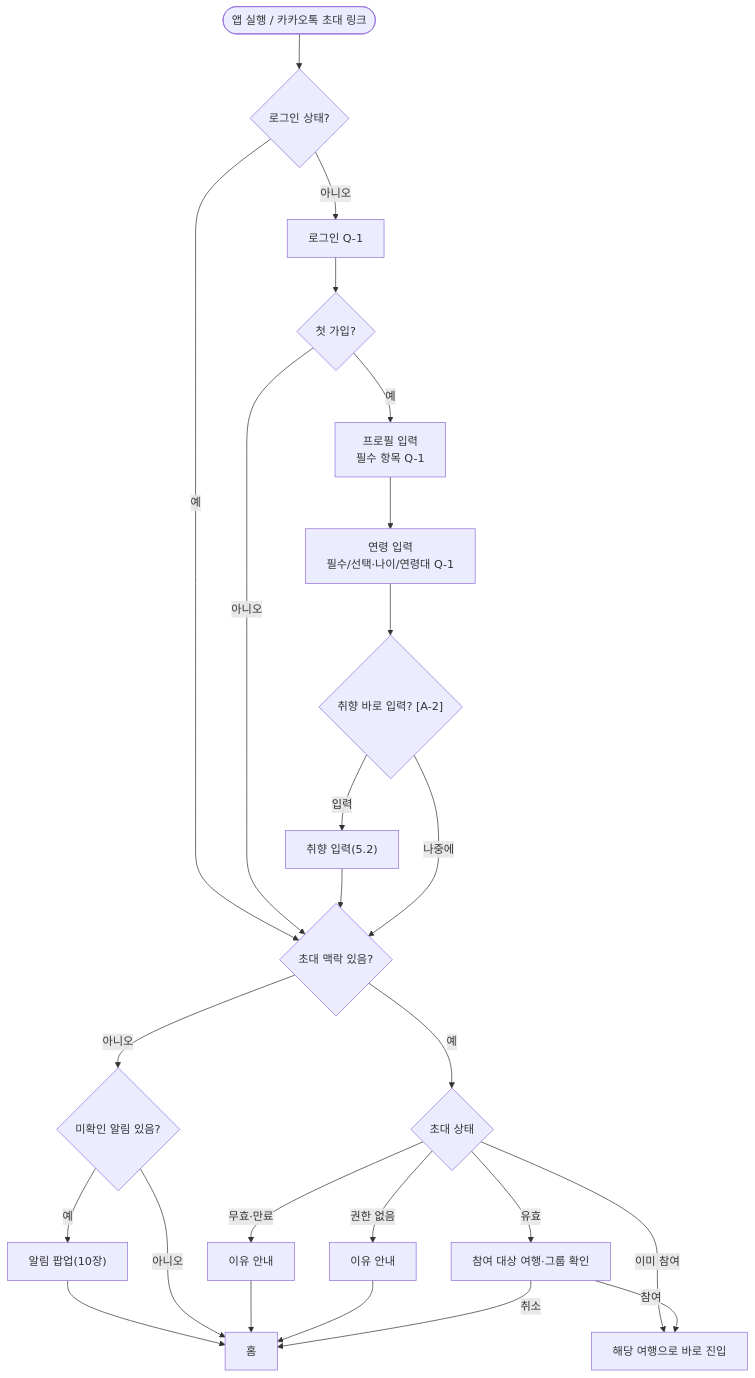
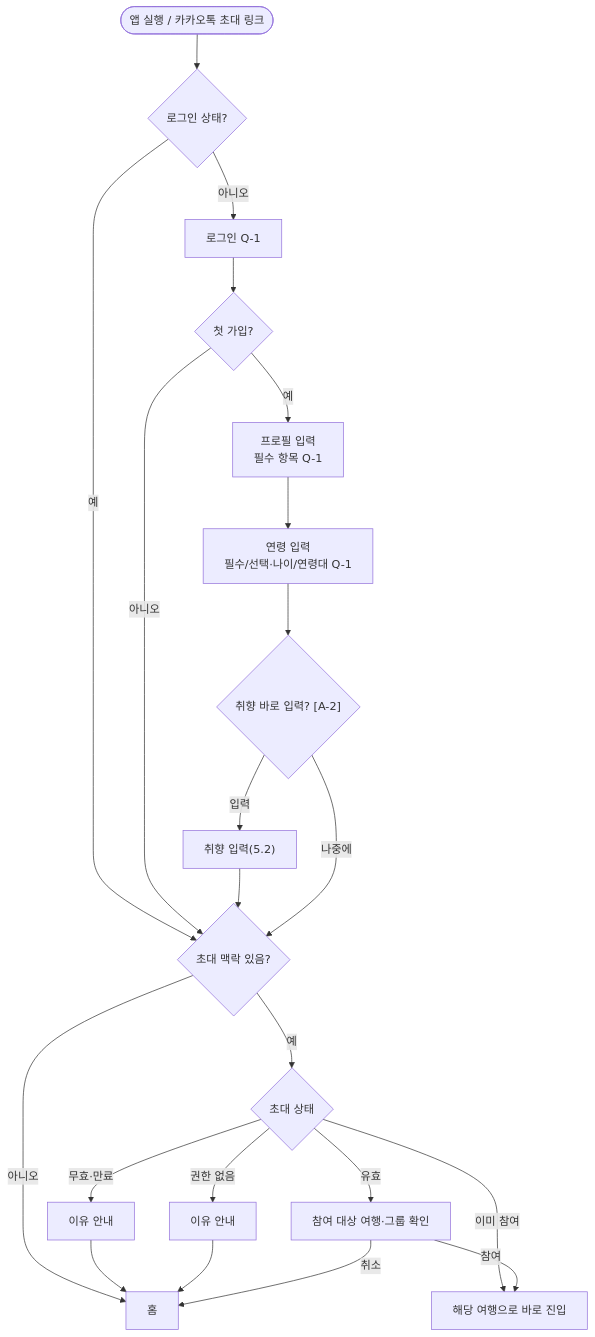
One commit to a204-eodilog/eodilog changed the third of 25 diagrams in docs/flow/user-flow.md. Above: the diagram before and after it, drawn with Mermaid. The commit also changed other lines of this file, not shown here.

Commit message:
docs : 사용자 흐름 알림 표기 정리 (리뷰 반영)
- 6.2 재조정 미정 문구에서 알림 방식을 Q-6 → Q-14로 분리
- 1장 진입의 팝업 분기 제거, 10장 참조로 대체

Related to: EODI-83

````diff
--- a/docs/flow/user-flow.md
+++ b/docs/flow/user-flow.md
@@ -80,23 +80,21 @@
 ```mermaid
 flowchart TD
     S(["앱 실행 / 카카오톡 초대 링크"]) --> L{"로그인 상태?"}
     L -- "예" --> INV{"초대 맥락 있음?"}
     L -- "아니오" --> AUTH["로그인 Q-1"]
     AUTH --> NEW{"첫 가입?"}
     NEW -- "아니오" --> INV
     NEW -- "예" --> PROF["프로필 입력<br/>필수 항목 Q-1"]
     PROF --> AGE["연령 입력<br/>필수/선택·나이/연령대 Q-1"]
     AGE --> TASTE{"취향 바로 입력? [A-2]"}
     TASTE -- "입력" --> TI["취향 입력(5.2)"] --> INV
     TASTE -- "나중에" --> INV
-    INV -- "아니오" --> NOTI{"미확인 알림 있음?"}
-    NOTI -- "예" --> POP["알림 팝업(10장)"] --> HOME["홈"]
-    NOTI -- "아니오" --> HOME
+    INV -- "아니오" --> HOME["홈"]
     INV -- "예" --> CHK{"초대 상태"}
     CHK -- "무효·만료" --> E1["이유 안내"] --> HOME
     CHK -- "권한 없음" --> E2["이유 안내"] --> HOME
     CHK -- "이미 참여" --> TRIP["해당 여행으로 바로 진입"]
     CHK -- "유효" --> PRE["참여 대상 여행·그룹 확인"]
     PRE -- "참여" --> TRIP
     PRE -- "취소" --> HOME
 ```
````
